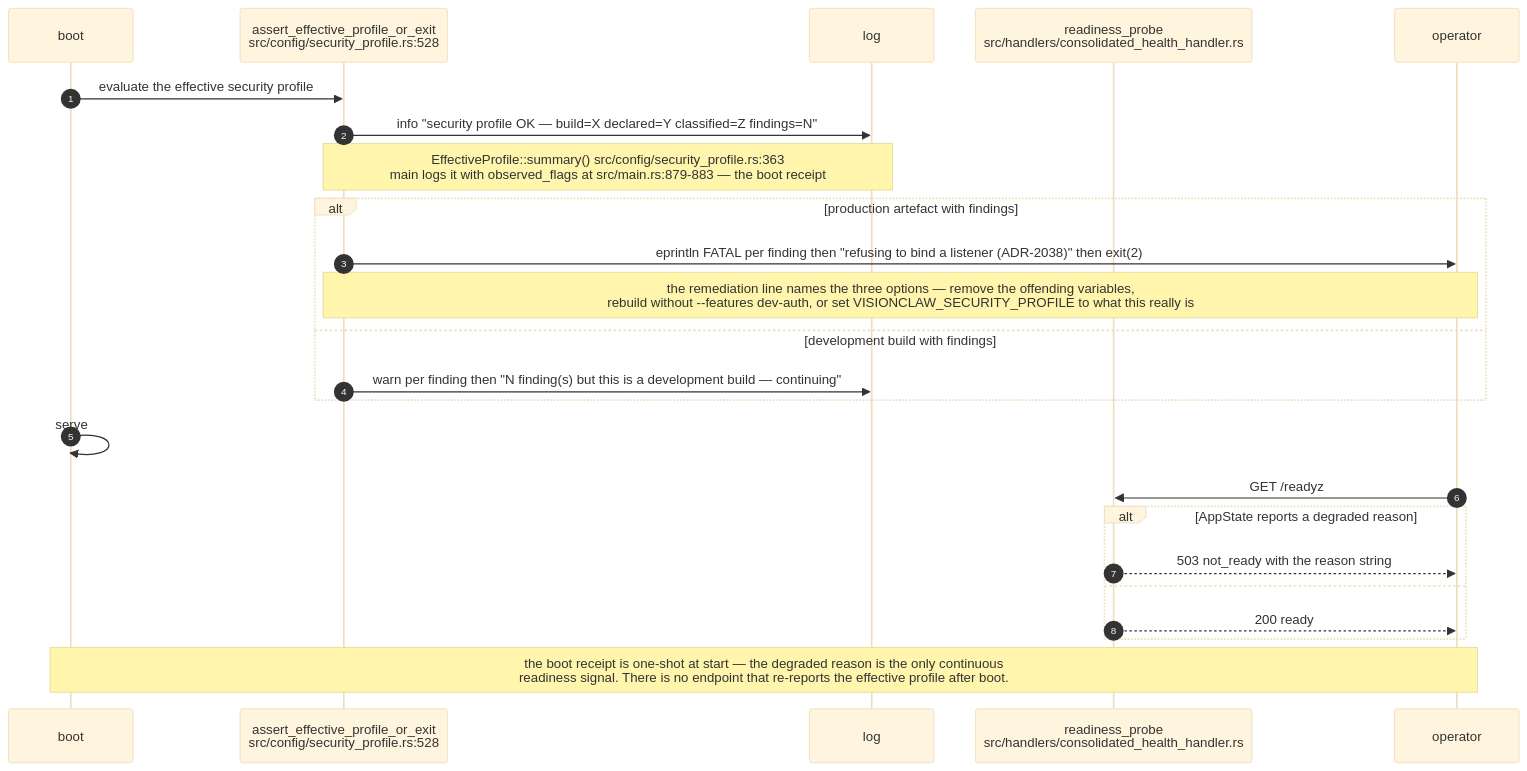
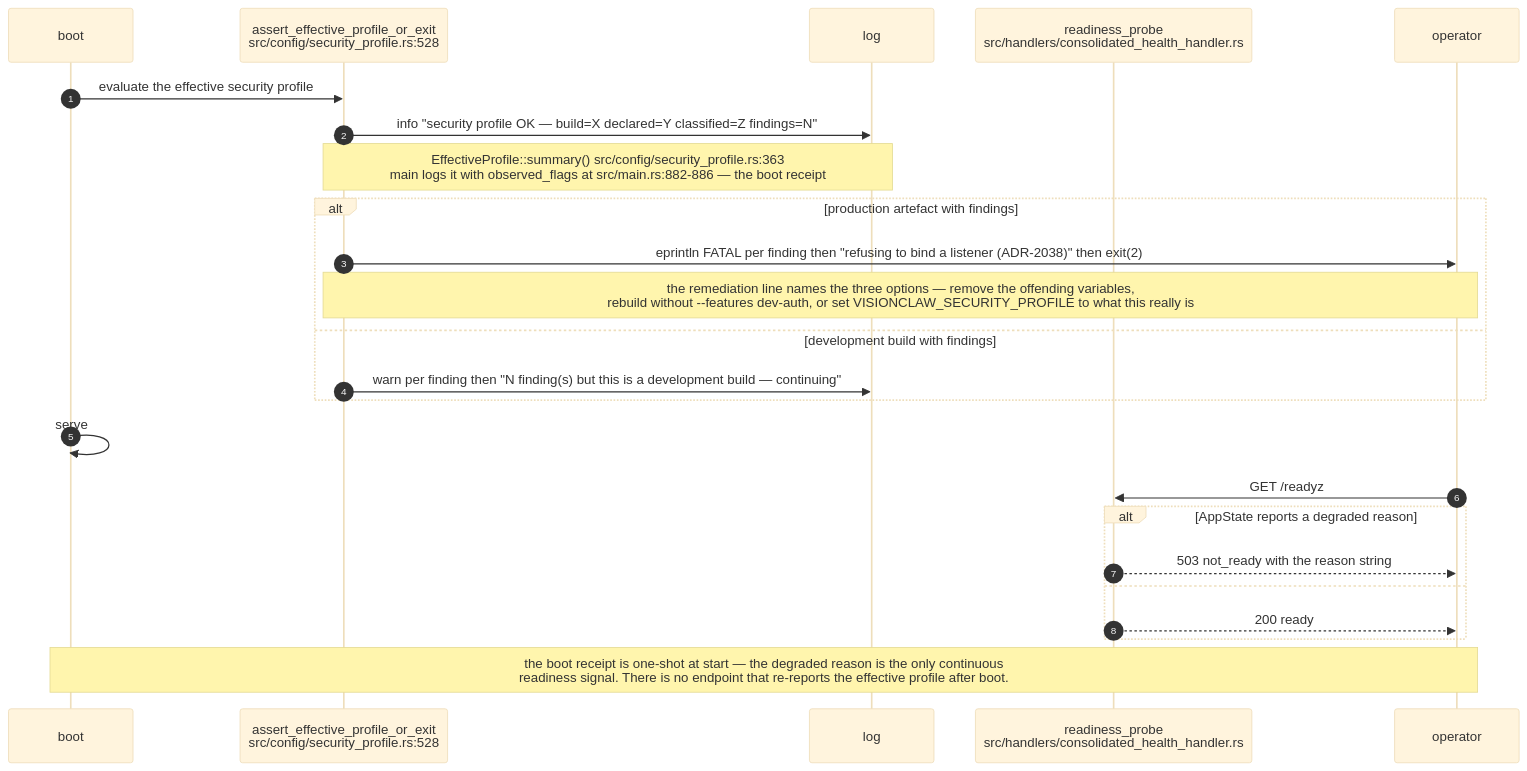
Diagram 12 of 12 in docs/diagrams/visionclaw/08-observability-health-and-dev-loop.md (DreamLab-AI/AR-AI-Knowledge-Graph), drawn with Mermaid (base theme) before and after one commit. The commit also changed other lines of this file and 73 other files, not shown here.

First line of the commit message:
docs(diagrams): re-verify all 71 topic files against HEAD; add --cite-check

````diff
--- a/docs/diagrams/visionclaw/08-observability-health-and-dev-loop.md
+++ b/docs/diagrams/visionclaw/08-observability-health-and-dev-loop.md
@@ -367,27 +367,27 @@
 ```mermaid
 sequenceDiagram
     autonumber
     participant B as boot
     participant P as assert_effective_profile_or_exit<br/>src/config/security_profile.rs:528
     participant L as log
     participant R as readiness_probe<br/>src/handlers/consolidated_health_handler.rs
     participant O as operator
 
     B->>P: evaluate the effective security profile
     P->>L: info "security profile OK — build=X declared=Y classified=Z findings=N"
-    Note over P,L: EffectiveProfile::summary() src/config/security_profile.rs:363<br/>main logs it with observed_flags at src/main.rs:879-883 — the boot receipt
+    Note over P,L: EffectiveProfile::summary() src/config/security_profile.rs:363<br/>main logs it with observed_flags at src/main.rs:882-886 — the boot receipt
     alt production artefact with findings
         P->>O: eprintln FATAL per finding then "refusing to bind a listener (ADR-2038)" then exit(2)
         Note over P,O: the remediation line names the three options — remove the offending variables,<br/>rebuild without --features dev-auth, or set VISIONCLAW_SECURITY_PROFILE to what this really is
     else development build with findings
         P->>L: warn per finding then "N finding(s) but this is a development build — continuing"
     end
     B->>B: serve
     O->>R: GET /readyz
     alt AppState reports a degraded reason
         R-->>O: 503 not_ready with the reason string
     else
         R-->>O: 200 ready
     end
     Note over B,O: the boot receipt is one-shot at start — the degraded reason is the only continuous<br/>readiness signal. There is no endpoint that re-reports the effective profile after boot.
 ```
````
